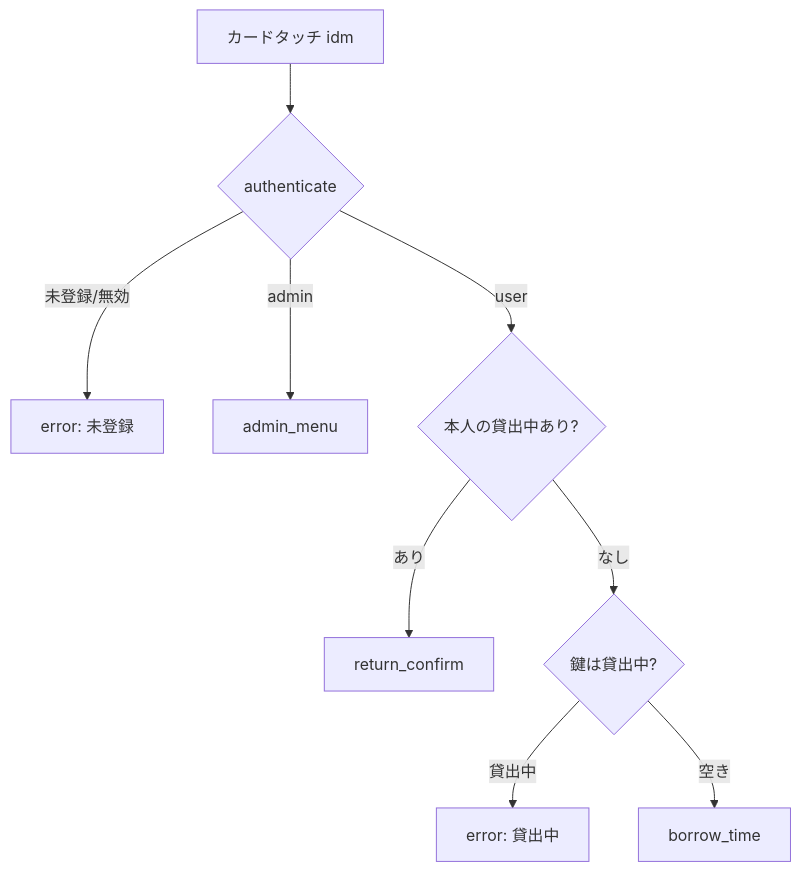
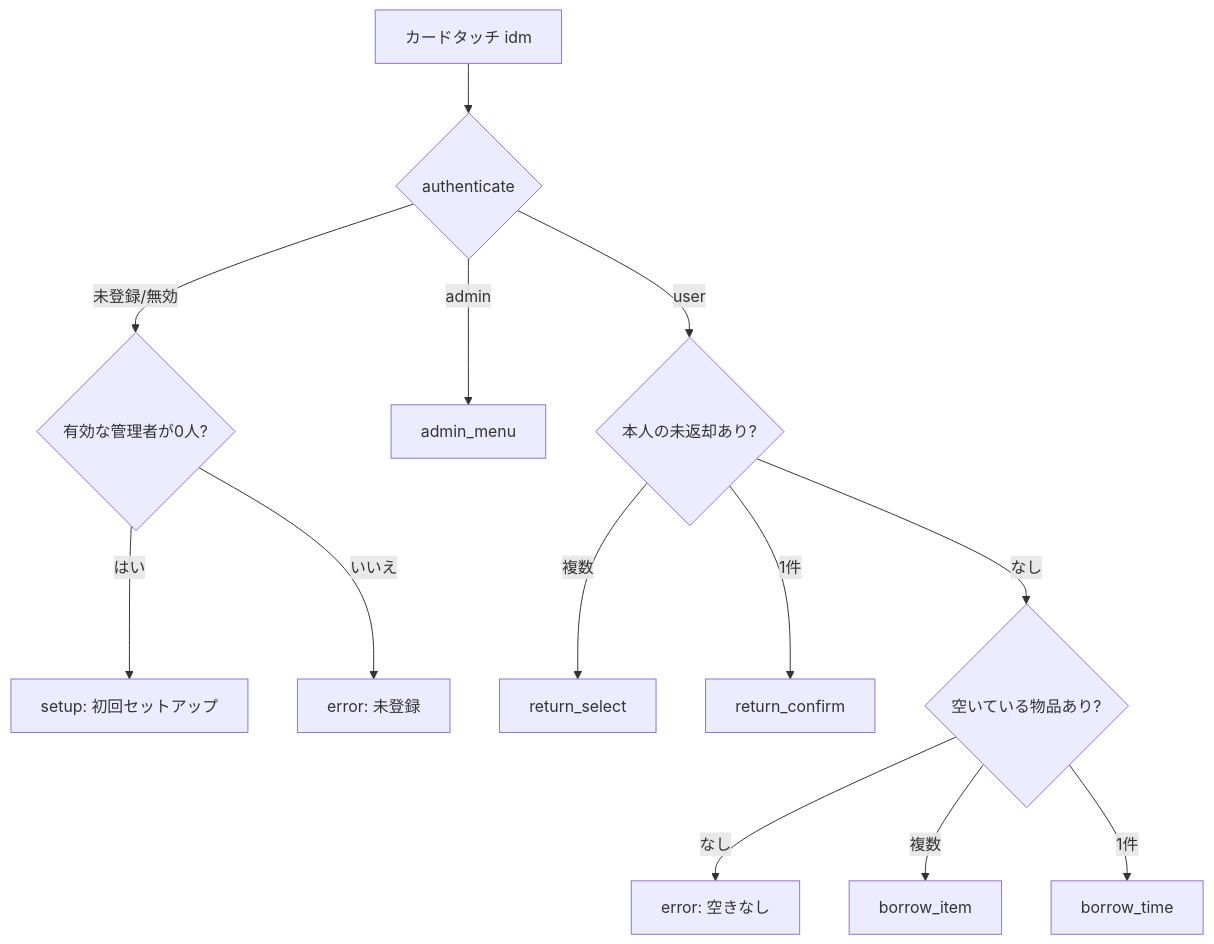
Before and after one commit to ootomonaiso/card: the third of 3 diagrams in docs/impl/03_ソフトウェア仕様書.md, drawn with Mermaid. The commit also changed other lines of this file and 18 other files, not shown here.

````diff
--- a/docs/impl/03_ソフトウェア仕様書.md
+++ b/docs/impl/03_ソフトウェア仕様書.md
@@ -138,11 +167,15 @@
 ```mermaid
 flowchart TD
   T[カードタッチ idm] --> A{authenticate}
-  A -- 未登録/無効 --> E[error: 未登録]
+  A -- 未登録/無効 --> Z{有効な管理者が0人?}
+  Z -- はい --> SU[setup: 初回セットアップ]
+  Z -- いいえ --> E[error: 未登録]
   A -- admin --> M[admin_menu]
-  A -- user --> R{本人の貸出中あり?}
-  R -- あり --> RC[return_confirm]
-  R -- なし --> L{鍵は貸出中?}
-  L -- 貸出中 --> E2[error: 貸出中]
-  L -- 空き --> B[borrow_time]
+  A -- user --> R{本人の未返却あり?}
+  R -- 複数 --> RS[return_select]
+  R -- 1件 --> RC[return_confirm]
+  R -- なし --> L{空いている物品あり?}
+  L -- なし --> E2[error: 空きなし]
+  L -- 複数 --> BI[borrow_item]
+  L -- 1件 --> B[borrow_time]
 ```
````
